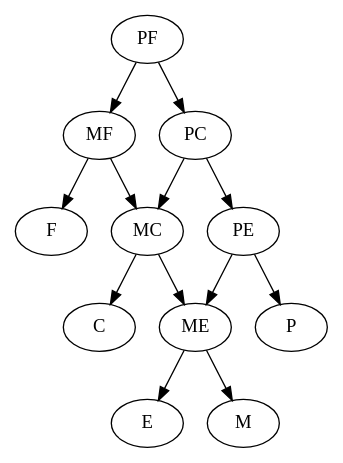
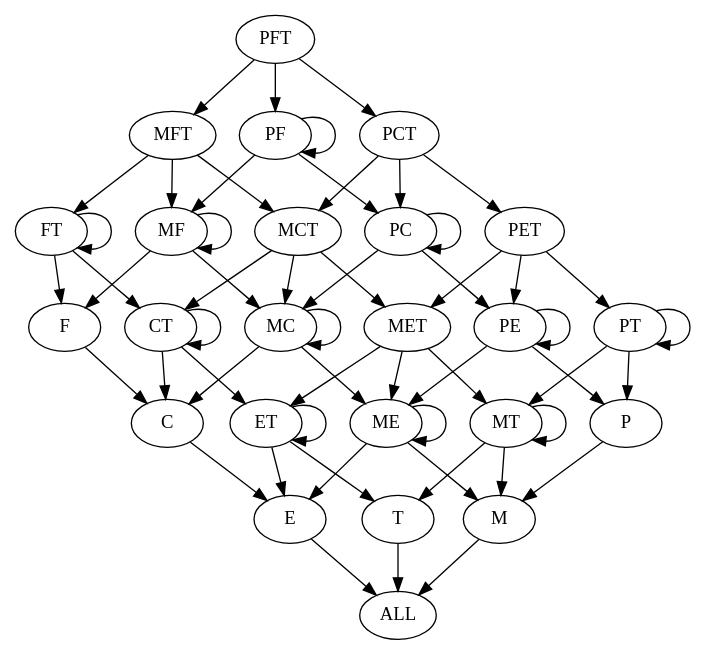
The diagram in grafo/Alg2/dotFile.dot (ga-pontes/ALG2), drawn with Graphviz before and after one commit. The commit also changed 13 other files, not shown here.

```diff
--- a/grafo/Alg2/dotFile.dot
+++ b/grafo/Alg2/dotFile.dot
@@ -1,19 +1,77 @@
 digraph G {
+PFT ->  MFT;
+PFT ->  PCT;
+PFT ->  PF;
+MFT ->  FT;
+MFT ->  MCT;
+MFT ->  MF;
+PCT ->  MCT;
+PCT ->  PET;
+PCT ->  PC;
 PF ->  MF;
 PF ->  PC;
+PF ->  PF;
+FT ->  FT;
+FT ->  CT;
+FT ->  F;
+MCT ->  CT;
+MCT ->  MET;
+MCT ->  MC;
 MF ->  F;
 MF ->  MC;
+MF ->  MF;
+PET ->  MET;
+PET ->  PT;
+PET ->  PE;
 PC ->  MC;
 PC ->  PE;
-F;
+PC ->  PC;
+CT ->  CT;
+CT ->  ET;
+CT ->  C;
+F ->  C;
+MET ->  ET;
+MET ->  MT;
+MET ->  ME;
 MC ->  C;
 MC ->  ME;
+MC ->  MC;
+F;
+PT ->  MT;
+PT ->  PT;
+PT ->  P;
 PE ->  ME;
 PE ->  P;
+PE ->  PE;
+ET ->  ET;
+ET ->  T;
+ET ->  E;
+C ->  E;
 C;
+MT ->  T;
+MT ->  MT;
+MT ->  M;
 ME ->  E;
 ME ->  M;
+ME ->  ME;
+P ->  M;
 P;
+T ->  ALL;
+E ->  ALL;
+T;
 E;
+M ->  ALL;
 M;
+ME;
+MC;
+MF;
+CT;
+ET;
+MT;
+PT;
+PE;
+PC;
+PF;
+FT;
+ALL;
 }
```
